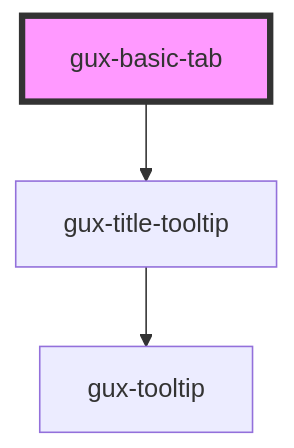
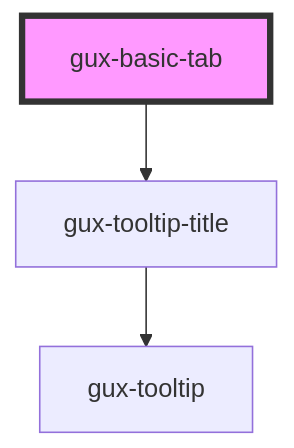
One commit to Retsam/genesys-webcomponents changed the diagram in src/components/beta/gux-basic-tabs/gux-basic-tab/readme.md. Above: the diagram before and after it, drawn with Mermaid. The commit also changed other lines of this file and 6 other files, not shown here.

Commit message:
chore(gux-basic-tabs): fixed build error and other minor fixes

````diff
--- a/src/components/beta/gux-basic-tabs/gux-basic-tab/readme.md
+++ b/src/components/beta/gux-basic-tabs/gux-basic-tab/readme.md
@@ -32,6 +32,6 @@
 ```mermaid
 graph TD;
-  gux-basic-tab --> gux-title-tooltip
-  gux-title-tooltip --> gux-tooltip
+  gux-basic-tab --> gux-tooltip-title
+  gux-tooltip-title --> gux-tooltip
   style gux-basic-tab fill:#f9f,stroke:#333,stroke-width:4px
 ```
````
